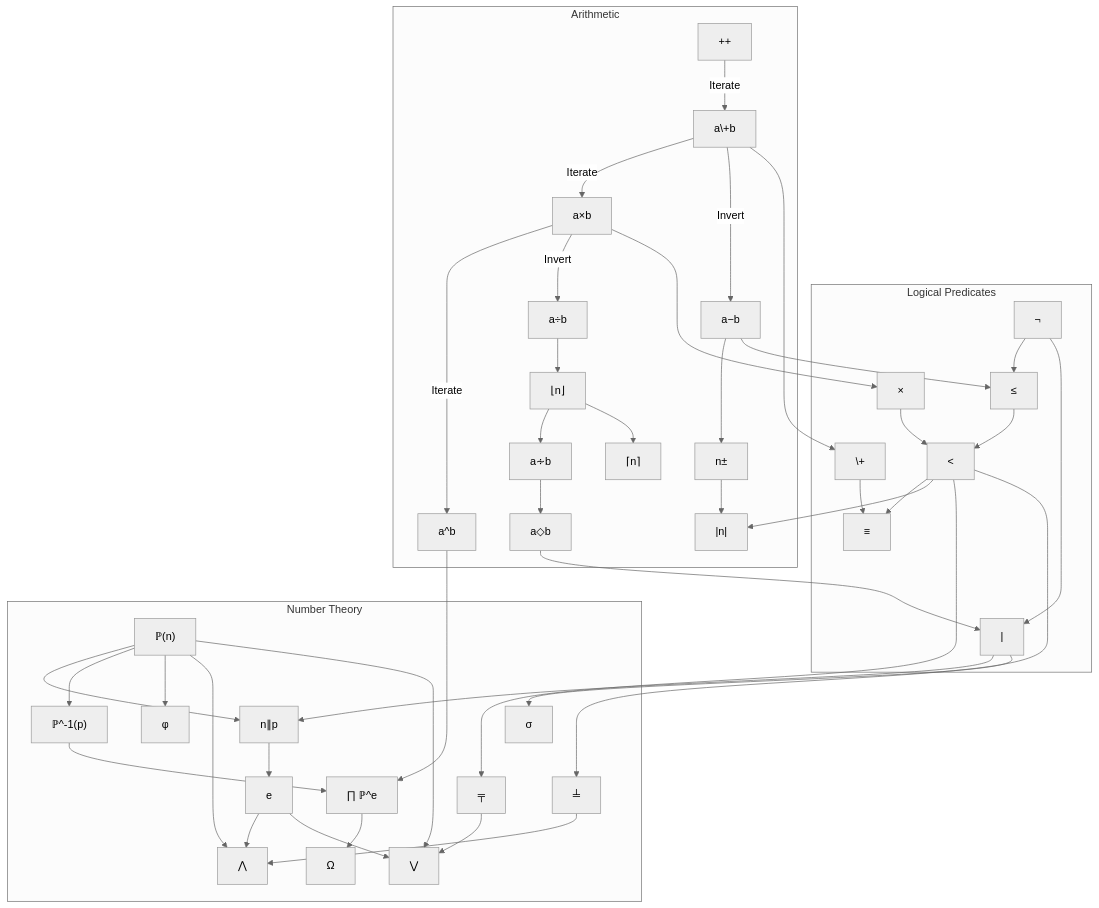
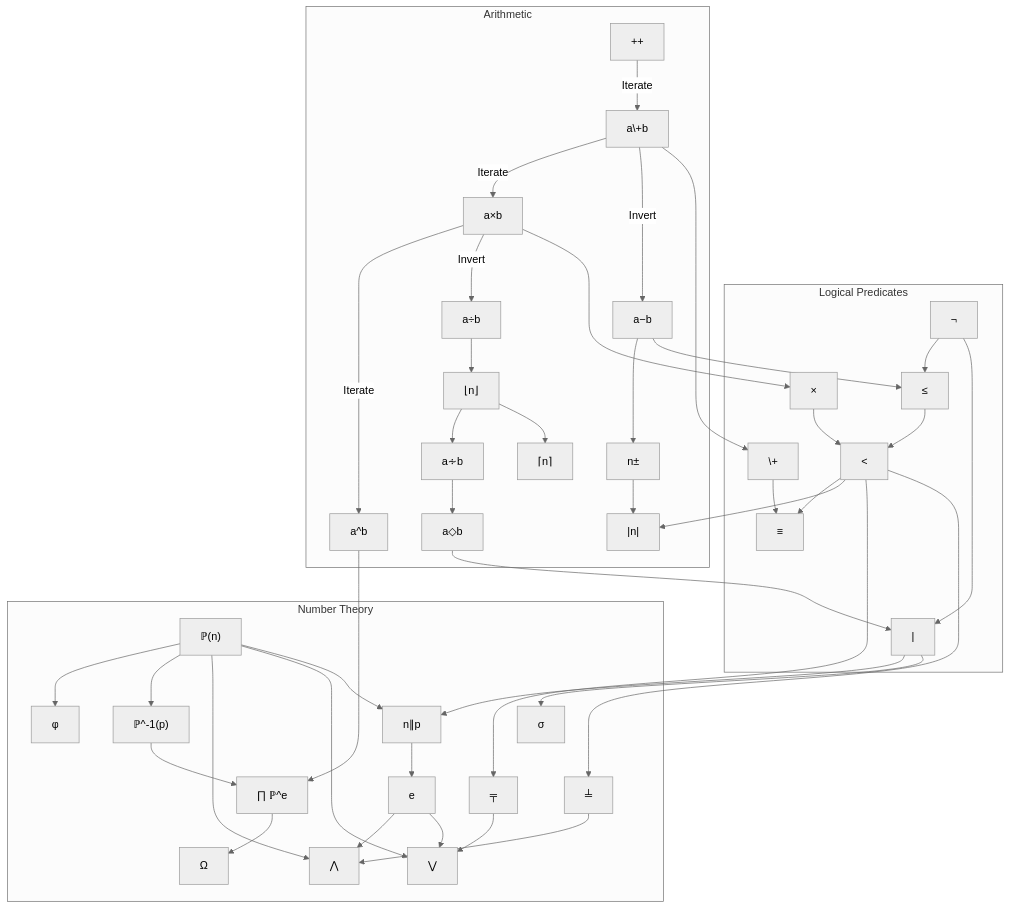
The diagram in docs/design_refs/dependency_map.mmd (Gammapod/AutoCalc), drawn with Mermaid (neutral theme) before and after one commit. The commit also changed 27 other files, not shown here.

```diff
--- a/docs/design_refs/dependency_map.mmd
+++ b/docs/design_refs/dependency_map.mmd
@@ -1,137 +1,136 @@
 flowchart TD
 
 %% subgraph Inputs ["Value Expression"]
 %%     Iim["i"]
 %%     Idigits["0-9"]
 %% end
 %% subgraph Utilities ["Utilities"]
 %%     Uc["C"]
 %%     Uce["CE"]
 %% end
 %% subgraph Expressable ["Expressable Values"]
 %%     NP["ℙ (2)"]
 %%     NN["ℕ (1)"]
 %%     NZ["ℤ (-1)"]
 %%     NQ["ℚ (1/2)"]
 %%     NA["𝔸 (√2)"]
 %%     NR["ℝ (π)"]
 %%     NC["ℂ (√-1)"]
 %%     NP --> NN --> NZ --> NQ --> NA --> NR --> NC
 %% end
 
 subgraph Logic ["Logical Predicates"]
     Lnot["¬"]
     %% Expanded form `[ ≤ 0 ]`
     Llte["≤"]
     %% Expanded form `[ ¬(a-b) ]
     Llt["<"]
     %% Expanded form `[ (a≤b) × ¬(¬(a-b))]
     Ldiv["|"]
     %% Expanded form `[ ¬(a◇b) ]
     Leq["≡"]
     %% Expanded form `[ ¬((a<b) + (b<a)) ]
     Land["×"]
     Lor["\+"]
     
     Lnot --> Llte --> Llt
     Lnot --> Ldiv
     Land --> Llt --> Leq
     Lor --> Leq
 end
 
 subgraph Arithmetic ["Arithmetic"]
     Ainc["++"]
     Aminus["a−b"]
     Aplus["a\+b"]
     Amul["a×b"]
     Aneg["n±"]
     Aabs["|n|"]
     %% Expanded form `[ (¬(n) × ±n) + ((0<n) × n) ]`
     Adiv["a÷b"]
     Afloor["⌊n⌋"]
     %% Expanded form `[a÷b] - FrAC`
     Aeudiv["a∻b"]
     %% Expanded form `[ ⌊a÷b⌋ ] `
     Aceil["⌈n⌉"]
     %% Expanded form `[ ⌊n⌋++ ]`
     Apow["a^b"]
     Amod["a◇b"]
     %% Expanded form `[ (a÷b) - (a∻b) ]`
     %% Ares["n⟐p"]
     %% %% Expanded form `n⟐p -> n/(p^(n∥p))`
     %% %% Expanded form `60⟐2=15 -> 60/(2^2)=15`
 
     Ainc -->|Iterate| Aplus
     Aplus -->|Iterate| Amul
     Amul -->|Iterate| Apow
 
     Adiv --> Afloor
     Afloor --> Aeudiv
     Aeudiv --> Amod
     Afloor --> Aceil
 
     Aplus -->|Invert| Aminus
     Amul -->|Invert| Adiv
 
     Aminus --> Aneg    
     Aneg --> Aabs
 end
 
 subgraph Theory ["Number Theory"]
     Tntop["ℙ(n)"]
     %% Returns nth prime. ℙ(3) = 5
     Tpton["ℙ^-1(p)"]
     %% Returns index of prime p. ℙ^-1(5) = 3
     Tpadic["n∥p"]
     %% Expanded form `?`
     Texponent["e"]
     Tprime_expansion["∏ ℙ^e"]
     Tomega["Ω"]
     %% Expanded form `[ Σe_p ]`
     Ttotient["φ"]
     %% Expanded form `[ n × ∏(1-p^-1) ]`
     Tdivisor_sum["σ"]
     %% Expanded form `[ Σ( (d|n) × d) ]`
     Tgcd["⋀"]
     %% Expanded form `[ ∏p^(e_a ╤ e_b) ]`
     Tlcm["⋁"]
     %% Expanded form `[ ∏p^(e_a ╧ e_b) ]`
     Tmax["╧"]
     %% Expanded form `[ ((a<b)×b) + ¬(a≤b)×a) ]`
     Tmin["╤"]  
     %% Expanded form `[ ((a<b)×a) + ¬(a≤b)×b) ]`
 
-    Tntop --> Tpadic --> Texponent
+    Tntop --> Ttotient
 
     Tntop --> Tpton --> Tprime_expansion --> Tomega
-
-    Tntop --> Ttotient
 
     Tntop --> Tgcd
     Texponent --> Tgcd
     Tmax --> Tgcd
 
     Tntop --> Tlcm
     Texponent --> Tlcm
     Tmin --> Tlcm
+    Tntop --> Tpadic --> Texponent
 
 end
 
 Ldiv --> Tpadic
 Llt --> Aabs
 Amod --> Ldiv
 Apow --> Tprime_expansion
 Ldiv --> Tdivisor_sum
 Llt --> Tmin
 Llt --> Tmax
 Aminus --> Llte
 Amul --> Land
 Aplus --> Lor
 
     %% 
 %% Idigits --> NN
 %% 
 %% Aneg --> NZ
 %% 
 %% Adiv --> NQ
 %% Iim --> NC
```
